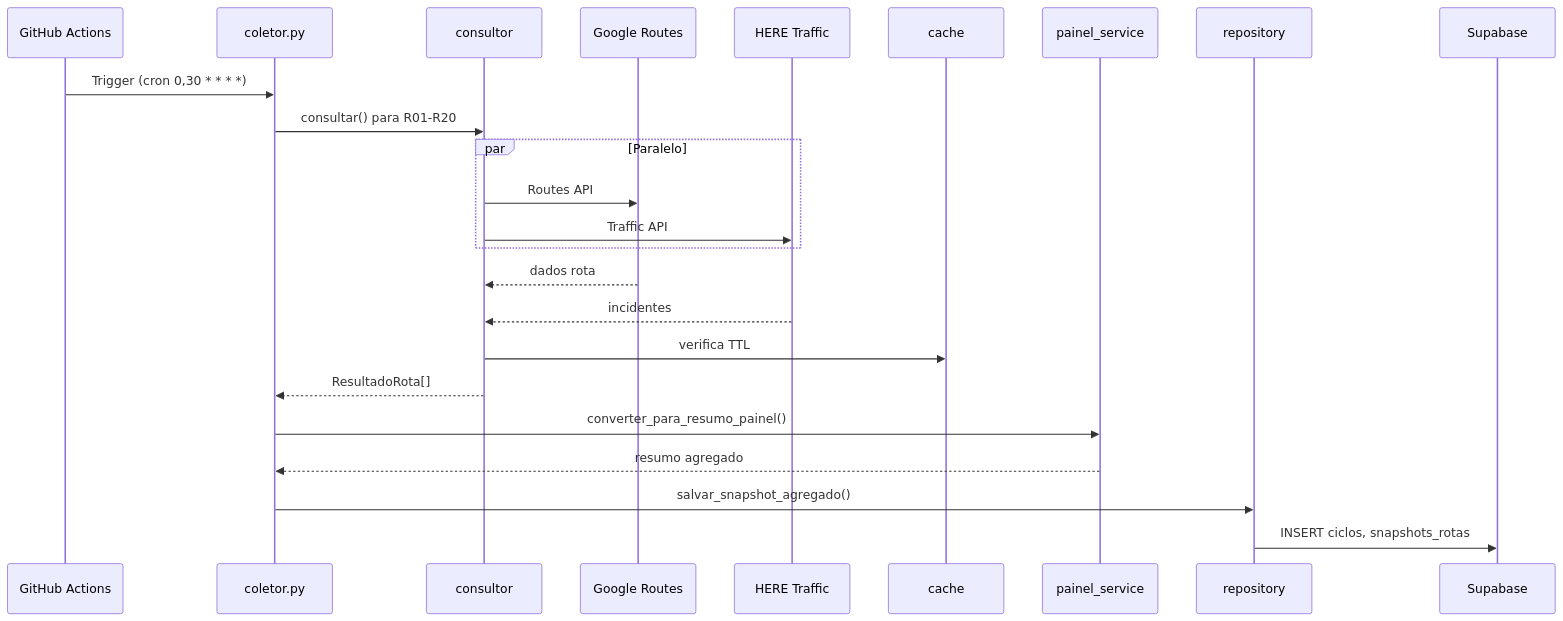
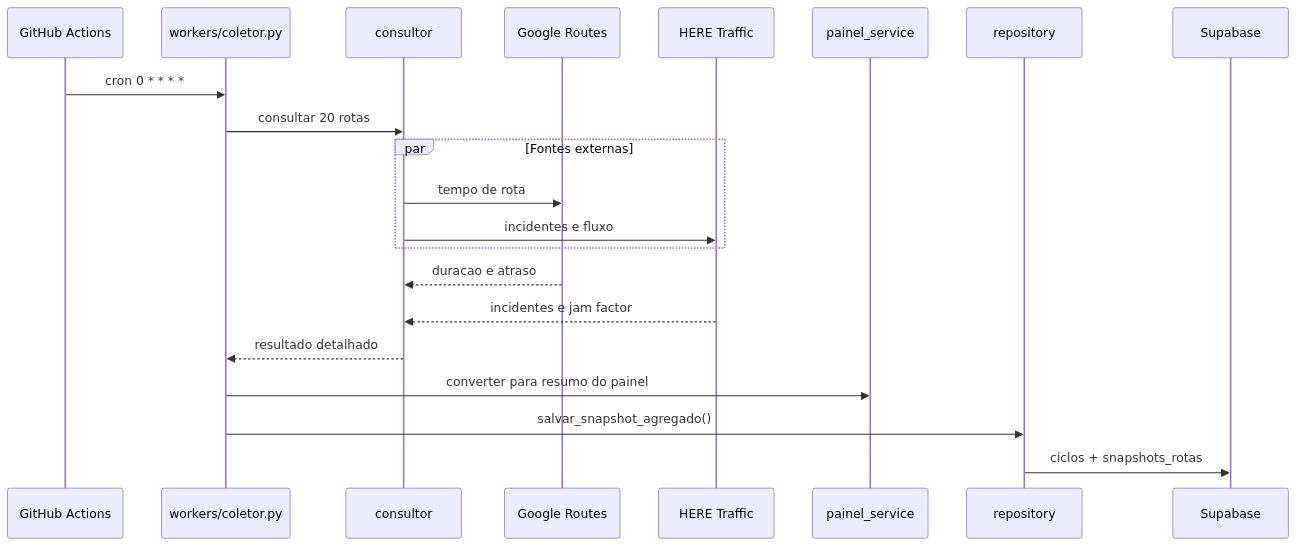
One commit to Ivaanildo/monitoramento-dinamico changed the first of 4 diagrams in docs/arquitetura/02-fluxo-dados.md. Above: the diagram before and after it, drawn with Mermaid. The commit also changed other lines of this file and 12 other files, not shown here.

````diff
--- a/docs/arquitetura/02-fluxo-dados.md
+++ b/docs/arquitetura/02-fluxo-dados.md
@@ -7,27 +7,24 @@
 ```mermaid
 sequenceDiagram
     participant GH as GitHub Actions
-    participant C as coletor.py
-    participant Consultor as consultor
-    participant Google as Google Routes
-    participant HERE as HERE Traffic
-    participant Cache as cache
-    participant Painel as painel_service
-    participant Repo as repository
+    participant W as workers/coletor.py
+    participant C as consultor
+    participant G as Google Routes
+    participant H as HERE Traffic
+    participant P as painel_service
+    participant R as repository
     participant DB as Supabase
 
-    GH->>C: Trigger (cron 0,30 * * * *)
-    C->>Consultor: consultar() para R01-R20
-    par Paralelo
-        Consultor->>Google: Routes API
-        Consultor->>HERE: Traffic API
+    GH->>W: cron 0 * * * *
+    W->>C: consultar 20 rotas
+    par Fontes externas
+        C->>G: tempo de rota
+        C->>H: incidentes e fluxo
     end
-    Google-->>Consultor: dados rota
-    HERE-->>Consultor: incidentes
-    Consultor->>Cache: verifica TTL
-    Consultor-->>C: ResultadoRota[]
-    C->>Painel: converter_para_resumo_painel()
-    Painel-->>C: resumo agregado
-    C->>Repo: salvar_snapshot_agregado()
-    Repo->>DB: INSERT ciclos, snapshots_rotas
+    G-->>C: duracao e atraso
+    H-->>C: incidentes e jam factor
+    C-->>W: resultado detalhado
+    W->>P: converter para resumo do painel
+    W->>R: salvar_snapshot_agregado()
+    R->>DB: ciclos + snapshots_rotas
 ```
````
